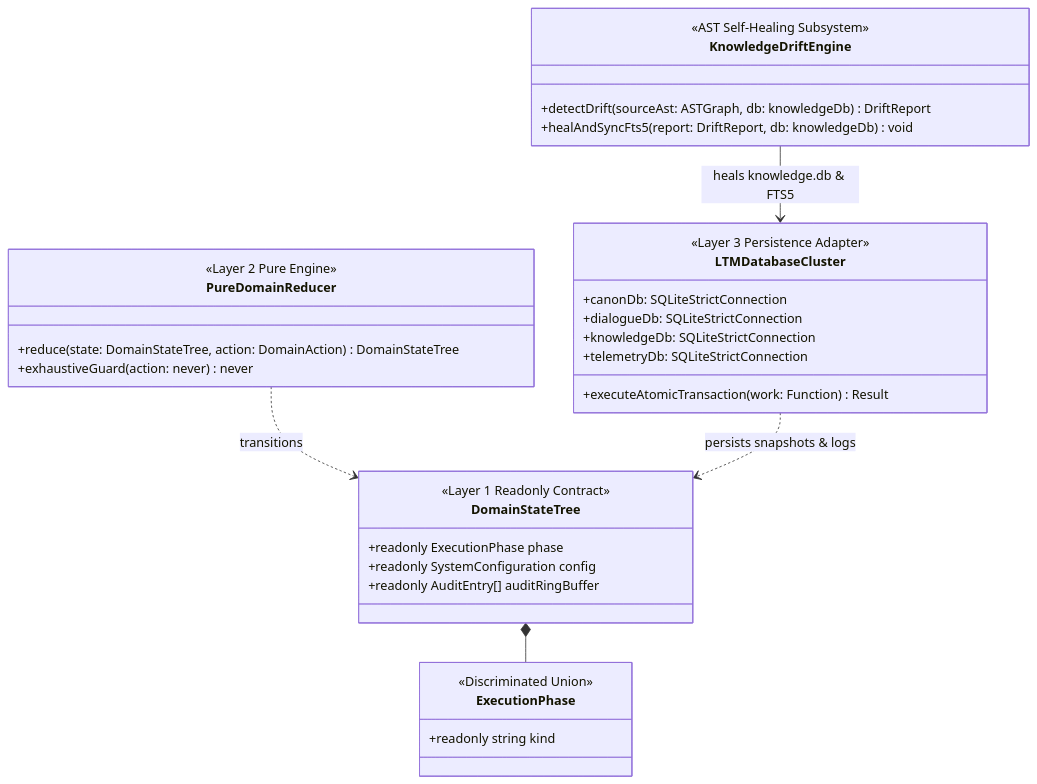
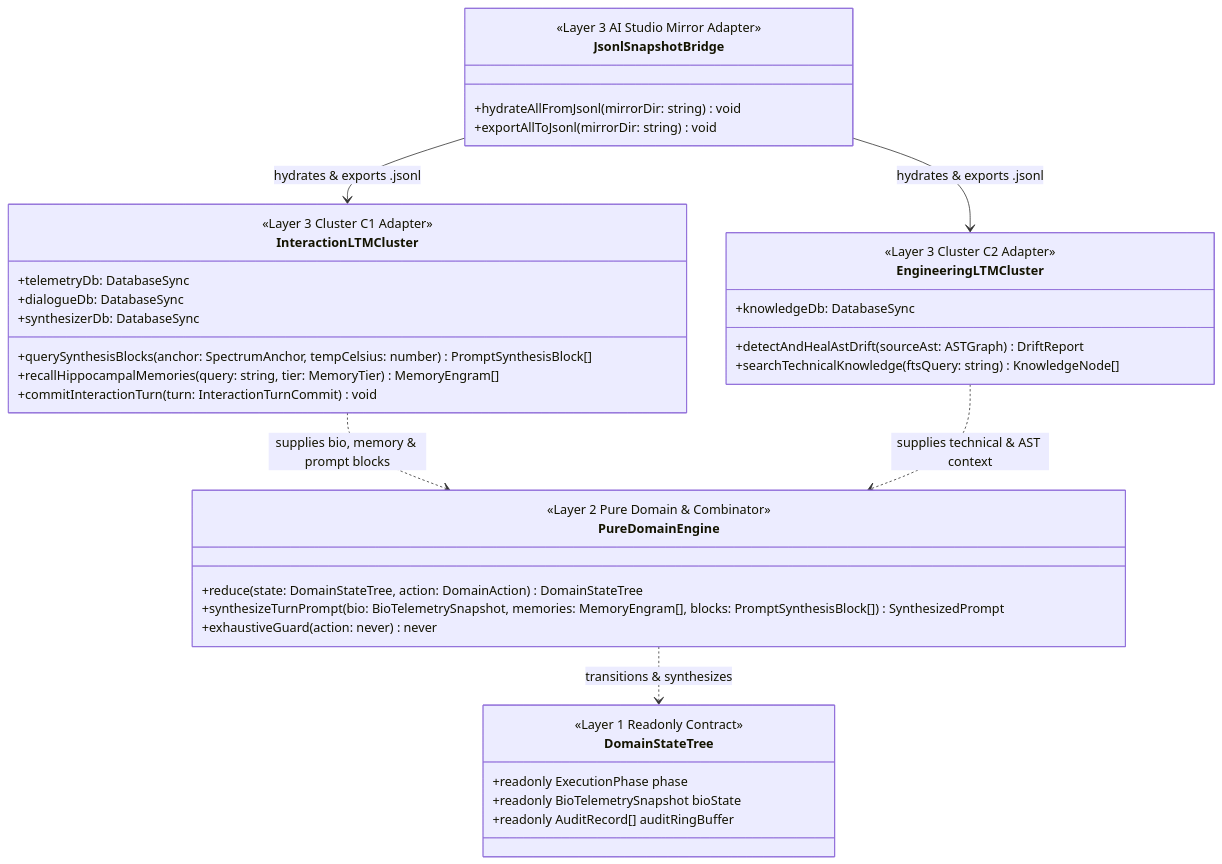
Before and after one commit to jinseobhong/eterna-luminas: the second of 3 diagrams in docs/ARCHITECTURE.md, drawn with Mermaid. The commit also changed other lines of this file and 6 other files, not shown here.

Commit message:
feat(architecture): establish 2-cluster LTM separation, synthesizer.db, JSONL bridge & abstract engineering laws

````diff
--- a/docs/ARCHITECTURE.md
+++ b/docs/ARCHITECTURE.md
@@ -71,40 +83,45 @@
 ```mermaid
 classDiagram
     class DomainStateTree {
         <<Layer 1 Readonly Contract>>
         +readonly ExecutionPhase phase
-        +readonly SystemConfiguration config
-        +readonly AuditEntry[] auditRingBuffer
+        +readonly BioTelemetrySnapshot bioState
+        +readonly AuditRecord[] auditRingBuffer
     }
 
-    class ExecutionPhase {
-        <<Discriminated Union>>
-        +readonly string kind
-    }
-
-    class PureDomainReducer {
-        <<Layer 2 Pure Engine>>
+    class PureDomainEngine {
+        <<Layer 2 Pure Domain & Combinator>>
         +reduce(state: DomainStateTree, action: DomainAction) DomainStateTree
+        +synthesizeTurnPrompt(bio: BioTelemetrySnapshot, memories: MemoryEngram[], blocks: PromptSynthesisBlock[]) SynthesizedPrompt
         +exhaustiveGuard(action: never) never
     }
 
-    class LTMDatabaseCluster {
-        <<Layer 3 Persistence Adapter>>
-        +canonDb: SQLiteStrictConnection
-        +dialogueDb: SQLiteStrictConnection
-        +knowledgeDb: SQLiteStrictConnection
-        +telemetryDb: SQLiteStrictConnection
-        +executeAtomicTransaction(work: Function) Result
+    class InteractionLTMCluster {
+        <<Layer 3 Cluster C1 Adapter>>
+        +telemetryDb: DatabaseSync
+        +dialogueDb: DatabaseSync
+        +synthesizerDb: DatabaseSync
+        +querySynthesisBlocks(anchor: SpectrumAnchor, tempCelsius: number) PromptSynthesisBlock[]
+        +recallHippocampalMemories(query: string, tier: MemoryTier) MemoryEngram[]
+        +commitInteractionTurn(turn: InteractionTurnCommit) void
     }
 
-    class KnowledgeDriftEngine {
-        <<AST Self-Healing Subsystem>>
-        +detectDrift(sourceAst: ASTGraph, db: knowledgeDb) DriftReport
-        +healAndSyncFts5(report: DriftReport, db: knowledgeDb) void
+    class EngineeringLTMCluster {
+        <<Layer 3 Cluster C2 Adapter>>
+        +knowledgeDb: DatabaseSync
+        +detectAndHealAstDrift(sourceAst: ASTGraph) DriftReport
+        +searchTechnicalKnowledge(ftsQuery: string) KnowledgeNode[]
     }
 
-    DomainStateTree *-- ExecutionPhase
-    PureDomainReducer ..> DomainStateTree : transitions
-    LTMDatabaseCluster ..> DomainStateTree : persists snapshots & logs
-    KnowledgeDriftEngine --> LTMDatabaseCluster : heals knowledge.db & FTS5
+    class JsonlSnapshotBridge {
+        <<Layer 3 AI Studio Mirror Adapter>>
+        +hydrateAllFromJsonl(mirrorDir: string) void
+        +exportAllToJsonl(mirrorDir: string) void
+    }
+
+    PureDomainEngine ..> DomainStateTree : transitions & synthesizes
+    InteractionLTMCluster ..> PureDomainEngine : supplies bio, memory & prompt blocks
+    EngineeringLTMCluster ..> PureDomainEngine : supplies technical & AST context
+    JsonlSnapshotBridge --> InteractionLTMCluster : hydrates & exports .jsonl
+    JsonlSnapshotBridge --> EngineeringLTMCluster : hydrates & exports .jsonl
 ```
````
